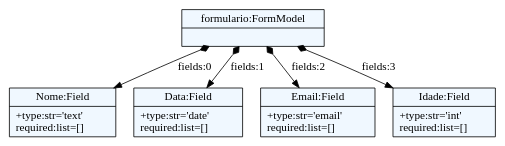
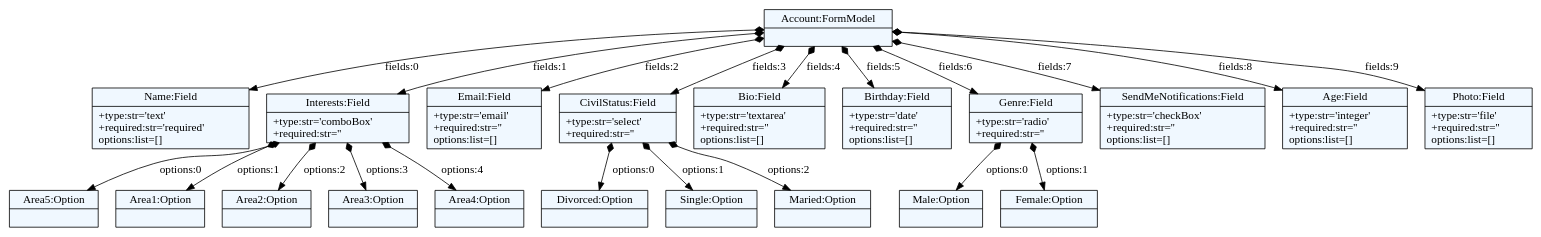
One commit to Aniz/formDSL changed the diagram in srcgen/dot/form.dot. Above: the diagram before and after it, drawn with Graphviz. The commit also changed 22 other files, not shown here.

```diff
--- a/srcgen/dot/form.dot
+++ b/srcgen/dot/form.dot
@@ -1,24 +1,56 @@
 
     digraph xtext {
     fontname = "Bitstream Vera Sans"
     fontsize = 8
     node[
         shape=record,
         style=filled,
         fillcolor=aliceblue
     ]
     nodesep = 0.3
     edge[dir=black,arrowtail=empty]
 
 
-140515800872272 -> 140515800994256 [label="fields:0" arrowtail=diamond dir=both]
-140515800994256[label="{Nome:Field|+type:str='text'\lrequired:list=[]\l}"]
-140515800872272 -> 140515800994312 [label="fields:1" arrowtail=diamond dir=both]
-140515800994312[label="{Data:Field|+type:str='date'\lrequired:list=[]\l}"]
-140515800872272 -> 140515800994368 [label="fields:2" arrowtail=diamond dir=both]
-140515800994368[label="{Email:Field|+type:str='email'\lrequired:list=[]\l}"]
-140515800872272 -> 140515800994424 [label="fields:3" arrowtail=diamond dir=both]
-140515800994424[label="{Idade:Field|+type:str='int'\lrequired:list=[]\l}"]
-140515800872272[label="{formulario:FormModel|}"]
+4416356136 -> 4416492992 [label="fields:0" arrowtail=diamond dir=both]
+4416492992[label="{Name:Field|+type:str='text'\l+required:str='required'\loptions:list=[]\l}"]
+4416356136 -> 4416493048 [label="fields:1" arrowtail=diamond dir=both]
+4416493048 -> 4416493216 [label="options:0" arrowtail=diamond dir=both]
+4416493216[label="{Area5:Option|}"]
+4416493048 -> 4416493272 [label="options:1" arrowtail=diamond dir=both]
+4416493272[label="{Area1:Option|}"]
+4416493048 -> 4416493384 [label="options:2" arrowtail=diamond dir=both]
+4416493384[label="{Area2:Option|}"]
+4416493048 -> 4416493440 [label="options:3" arrowtail=diamond dir=both]
+4416493440[label="{Area3:Option|}"]
+4416493048 -> 4416493496 [label="options:4" arrowtail=diamond dir=both]
+4416493496[label="{Area4:Option|}"]
+4416493048[label="{Interests:Field|+type:str='comboBox'\l+required:str=''\l}"]
+4416356136 -> 4416493160 [label="fields:2" arrowtail=diamond dir=both]
+4416493160[label="{Email:Field|+type:str='email'\l+required:str=''\loptions:list=[]\l}"]
+4416356136 -> 4416493104 [label="fields:3" arrowtail=diamond dir=both]
+4416493104 -> 4416493328 [label="options:0" arrowtail=diamond dir=both]
+4416493328[label="{Divorced:Option|}"]
+4416493104 -> 4416493664 [label="options:1" arrowtail=diamond dir=both]
+4416493664[label="{Single:Option|}"]
+4416493104 -> 4416493776 [label="options:2" arrowtail=diamond dir=both]
+4416493776[label="{Maried:Option|}"]
+4416493104[label="{CivilStatus:Field|+type:str='select'\l+required:str=''\l}"]
+4416356136 -> 4416493552 [label="fields:4" arrowtail=diamond dir=both]
+4416493552[label="{Bio:Field|+type:str='textarea'\l+required:str=''\loptions:list=[]\l}"]
+4416356136 -> 4416493608 [label="fields:5" arrowtail=diamond dir=both]
+4416493608[label="{Birthday:Field|+type:str='date'\l+required:str=''\loptions:list=[]\l}"]
+4416356136 -> 4416493832 [label="fields:6" arrowtail=diamond dir=both]
+4416493832 -> 4416493944 [label="options:0" arrowtail=diamond dir=both]
+4416493944[label="{Male:Option|}"]
+4416493832 -> 4416494000 [label="options:1" arrowtail=diamond dir=both]
+4416494000[label="{Female:Option|}"]
+4416493832[label="{Genre:Field|+type:str='radio'\l+required:str=''\l}"]
+4416356136 -> 4416493888 [label="fields:7" arrowtail=diamond dir=both]
+4416493888[label="{SendMeNotifications:Field|+type:str='checkBox'\l+required:str=''\loptions:list=[]\l}"]
+4416356136 -> 4416493720 [label="fields:8" arrowtail=diamond dir=both]
+4416493720[label="{Age:Field|+type:str='integer'\l+required:str=''\loptions:list=[]\l}"]
+4416356136 -> 4416494112 [label="fields:9" arrowtail=diamond dir=both]
+4416494112[label="{Photo:Field|+type:str='file'\l+required:str=''\loptions:list=[]\l}"]
+4416356136[label="{Account:FormModel|}"]
 
 }
```
